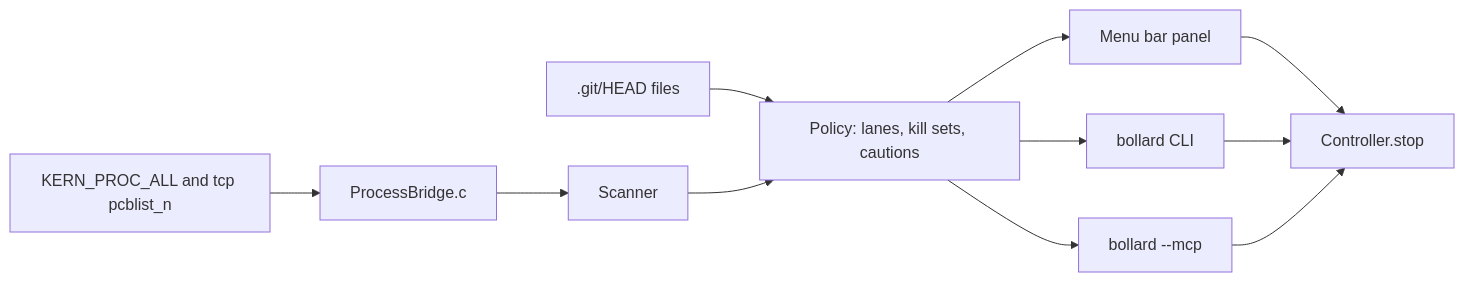
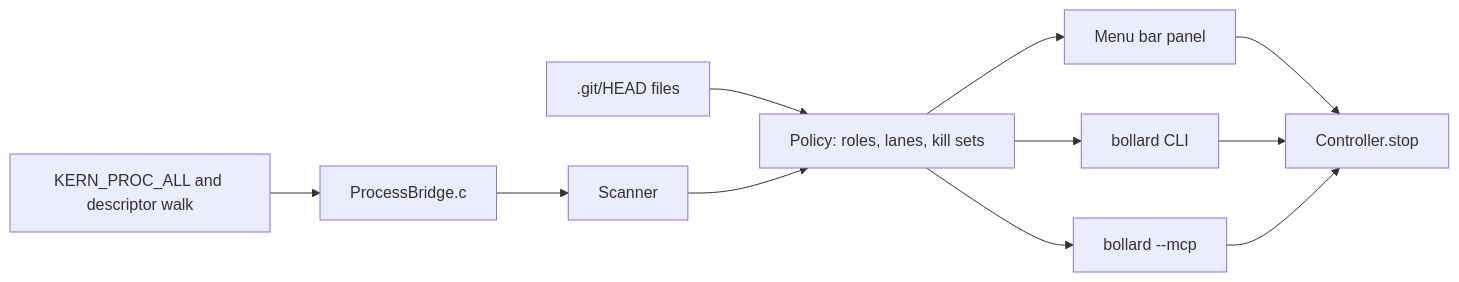
The diagram in architecture/bollard.mdx (fortunexbt/docs), drawn with Mermaid before and after one commit. The commit also changed other lines of this file and 32 other files, not shown here.

````diff
--- a/architecture/bollard.mdx
+++ b/architecture/bollard.mdx
@@ -31,13 +30,13 @@
 ```mermaid
 flowchart LR
-  Kernel["KERN_PROC_ALL and tcp pcblist_n"] --> Bridge[ProcessBridge.c]
+  Kernel["KERN_PROC_ALL and descriptor walk"] --> Bridge[ProcessBridge.c]
   Bridge --> Scanner[Scanner]
   Head[".git/HEAD files"] --> Policy
-  Scanner --> Policy["Policy: lanes, kill sets, cautions"]
+  Scanner --> Policy["Policy: roles, lanes, kill sets"]
   Policy --> Panel[Menu bar panel]
   Policy --> CLI["bollard CLI"]
   Policy --> MCP["bollard --mcp"]
   Panel --> Stop[Controller.stop]
   CLI --> Stop
   MCP --> Stop
 ```
````
